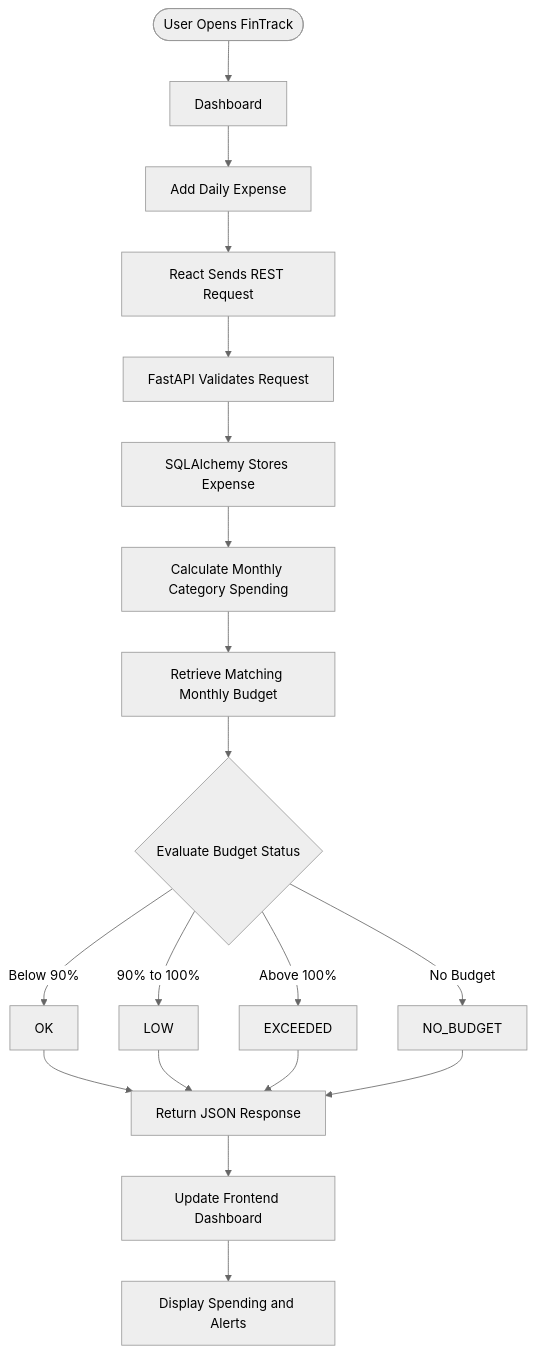
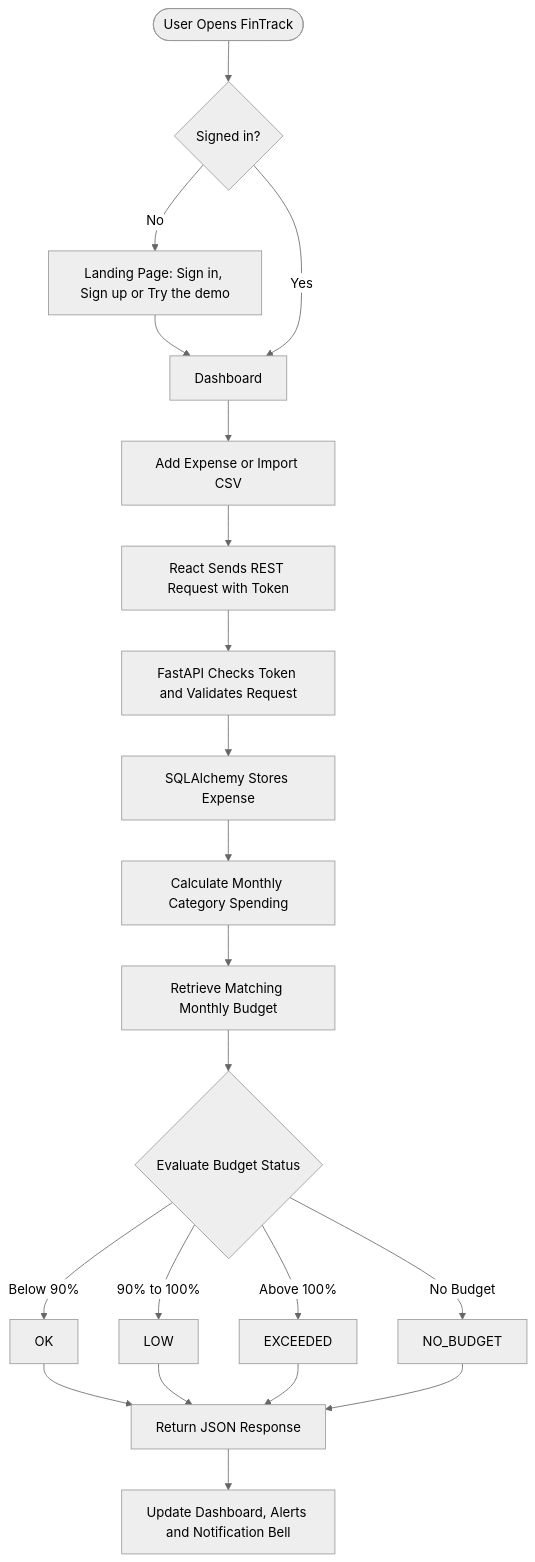
Before and after one commit to Shubhashree-Badiger/FinTrack: the second of 3 diagrams in README.md, drawn with Mermaid (neutral theme). The commit also changed other lines of this file, not shown here.

Commit message:
docs: update README for PostgreSQL, accounts, import, reports and PWA

````diff
--- a/README.md
+++ b/README.md
@@ -168,24 +209,26 @@
 ```mermaid
 flowchart TD
-    A([User Opens FinTrack]) --> B[Dashboard]
-    B --> C[Add Daily Expense]
-    C --> D[React Sends REST Request]
-    D --> E[FastAPI Validates Request]
+    A([User Opens FinTrack]) --> S{Signed in?}
+    S -->|No| L[Landing Page: Sign in, Sign up or Try the demo]
+    L --> B
+    S -->|Yes| B[Dashboard]
+    B --> C[Add Expense or Import CSV]
+    C --> D[React Sends REST Request with Token]
+    D --> E[FastAPI Checks Token and Validates Request]
     E --> F[SQLAlchemy Stores Expense]
     F --> G[Calculate Monthly Category Spending]
     G --> H[Retrieve Matching Monthly Budget]
     H --> I{Evaluate Budget Status}
 
     I -->|Below 90%| J[OK]
     I -->|90% to 100%| K[LOW]
-    I -->|Above 100%| L[EXCEEDED]
-    I -->|No Budget| M[NO_BUDGET]
+    I -->|Above 100%| M[EXCEEDED]
+    I -->|No Budget| N[NO_BUDGET]
 
-    J --> N[Return JSON Response]
-    K --> N
-    L --> N
-    M --> N
+    J --> O[Return JSON Response]
+    K --> O
+    M --> O
+    N --> O
 
-    N --> O[Update Frontend Dashboard]
-    O --> P[Display Spending and Alerts]
+    O --> P[Update Dashboard, Alerts and Notification Bell]
 ```
````
